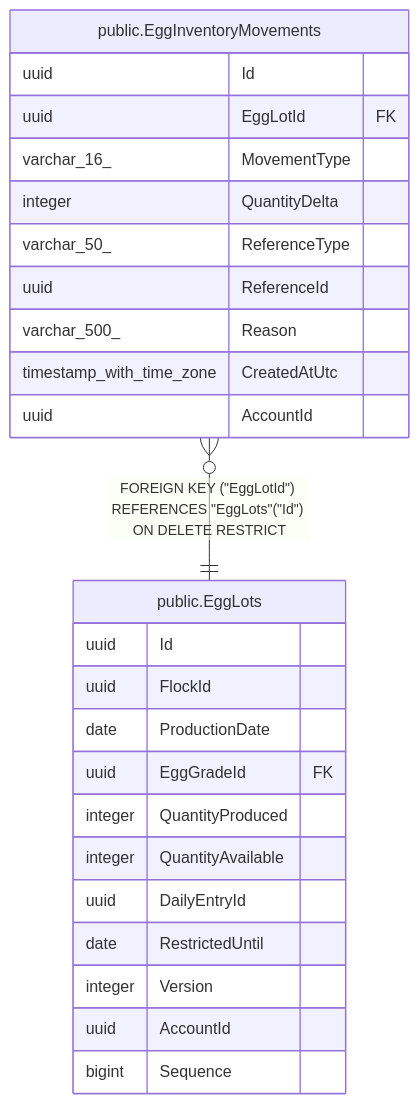
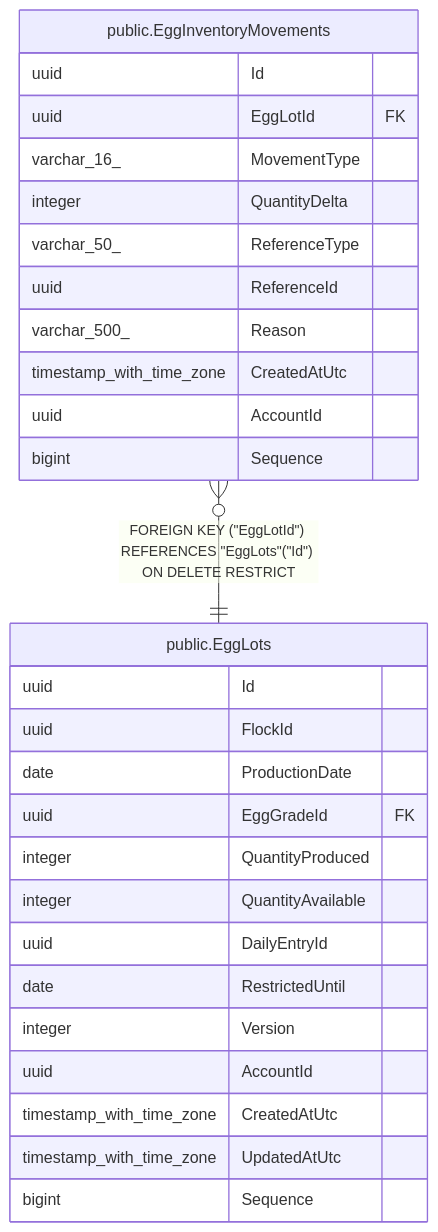
The diagram in docs/schema/public.EggInventoryMovements.md (mforce/cluckwork), drawn with Mermaid before and after one commit. The commit also changed other lines of this file and 110 other files, not shown here.

````diff
--- a/docs/schema/public.EggInventoryMovements.md
+++ b/docs/schema/public.EggInventoryMovements.md
@@ -48,30 +57,33 @@
 ```mermaid
 erDiagram
 
 "public.EggInventoryMovements" }o--|| "public.EggLots" : "FOREIGN KEY (#quot;EggLotId#quot;) REFERENCES #quot;EggLots#quot;(#quot;Id#quot;) ON DELETE RESTRICT"
 
 "public.EggInventoryMovements" {
   uuid Id
   uuid EggLotId FK
   varchar_16_ MovementType
   integer QuantityDelta
   varchar_50_ ReferenceType
   uuid ReferenceId
   varchar_500_ Reason
   timestamp_with_time_zone CreatedAtUtc
   uuid AccountId
+  bigint Sequence
 }
 "public.EggLots" {
   uuid Id
   uuid FlockId
   date ProductionDate
   uuid EggGradeId FK
   integer QuantityProduced
   integer QuantityAvailable
   uuid DailyEntryId
   date RestrictedUntil
   integer Version
   uuid AccountId
+  timestamp_with_time_zone CreatedAtUtc
+  timestamp_with_time_zone UpdatedAtUtc
   bigint Sequence
 }
 ```
````
